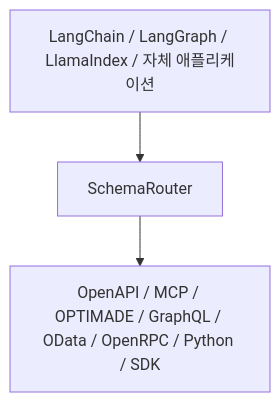
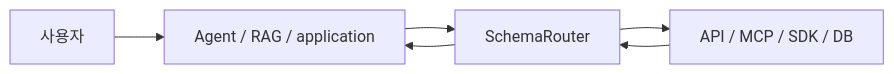
Before and after one commit to JDeun/SchemaRouter: the diagram in README.ko.md, drawn with Mermaid. The commit also changed other lines of this file, not shown here.

````diff
--- a/README.ko.md
+++ b/README.ko.md
@@ -223,5 +107,8 @@
 ```mermaid
-flowchart TD
-    F["LangChain / LangGraph / LlamaIndex / 자체 애플리케이션"] --> SR["SchemaRouter"]
-    SR --> T["OpenAPI / MCP / OPTIMADE / GraphQL / OData / OpenRPC / Python / SDK"]
+flowchart LR
+    Q["사용자"] --> A["Agent / RAG / application"]
+    A --> SR["SchemaRouter"]
+    SR --> S["API / MCP / SDK / DB"]
+    S --> SR
+    SR --> A
 ```
````
